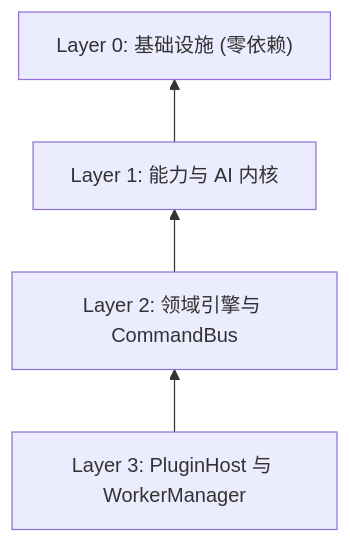
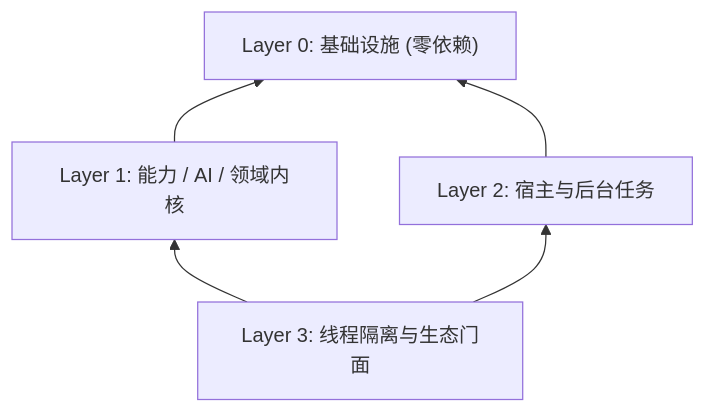
Before and after one commit to aymwoo/OpenLearn-Next-V2: the diagram in docs/architecture/layer-topology.md, drawn with Mermaid. The commit also changed other lines of this file and 52 other files, not shown here.

````diff
--- a/docs/architecture/layer-topology.md
+++ b/docs/architecture/layer-topology.md
@@ -20,7 +48,8 @@
 ```mermaid
 graph BT
     L0["Layer 0: 基础设施 (零依赖)"]
-    L1["Layer 1: 能力与 AI 内核"] --> L0
-    L2["Layer 2: 领域引擎与 CommandBus"] --> L1
-    L3["Layer 3: PluginHost 与 WorkerManager"] --> L2
+    L1["Layer 1: 能力 / AI / 领域内核"] --> L0
+    L2["Layer 2: 宿主与后台任务"] --> L0
+    L3["Layer 3: 线程隔离与生态门面"] --> L2
+    L3 --> L1
 ```
````
